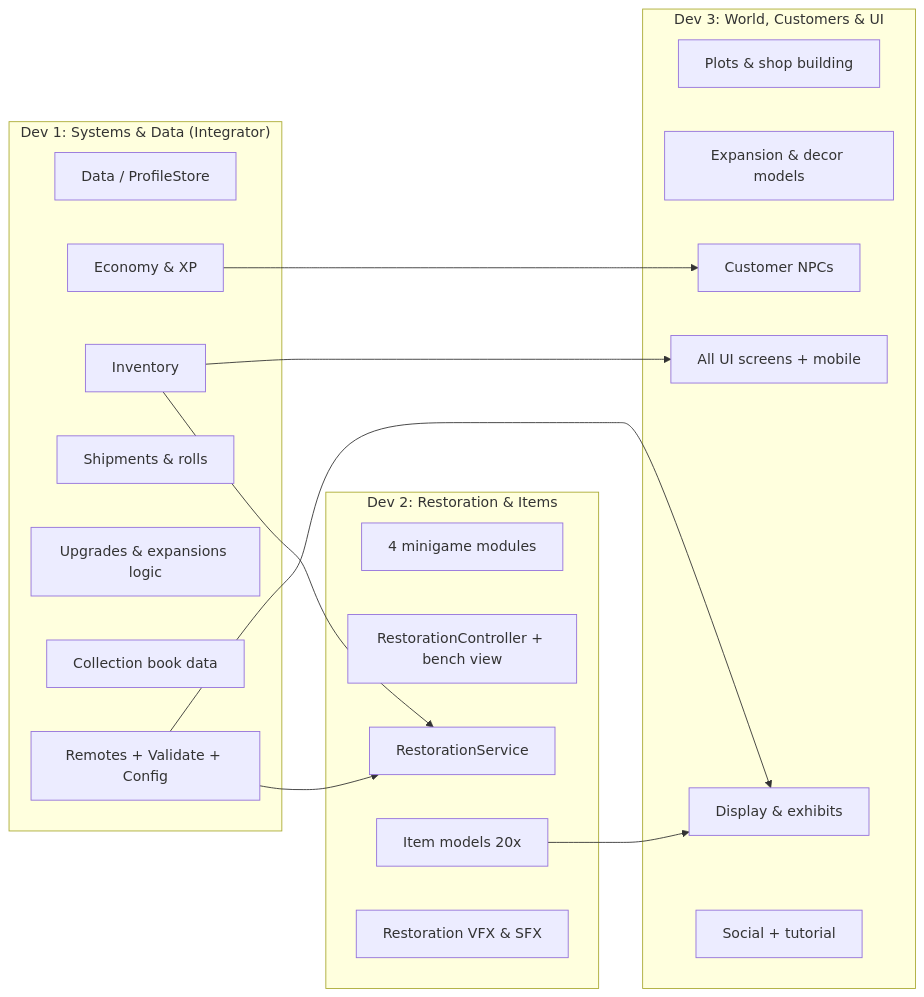
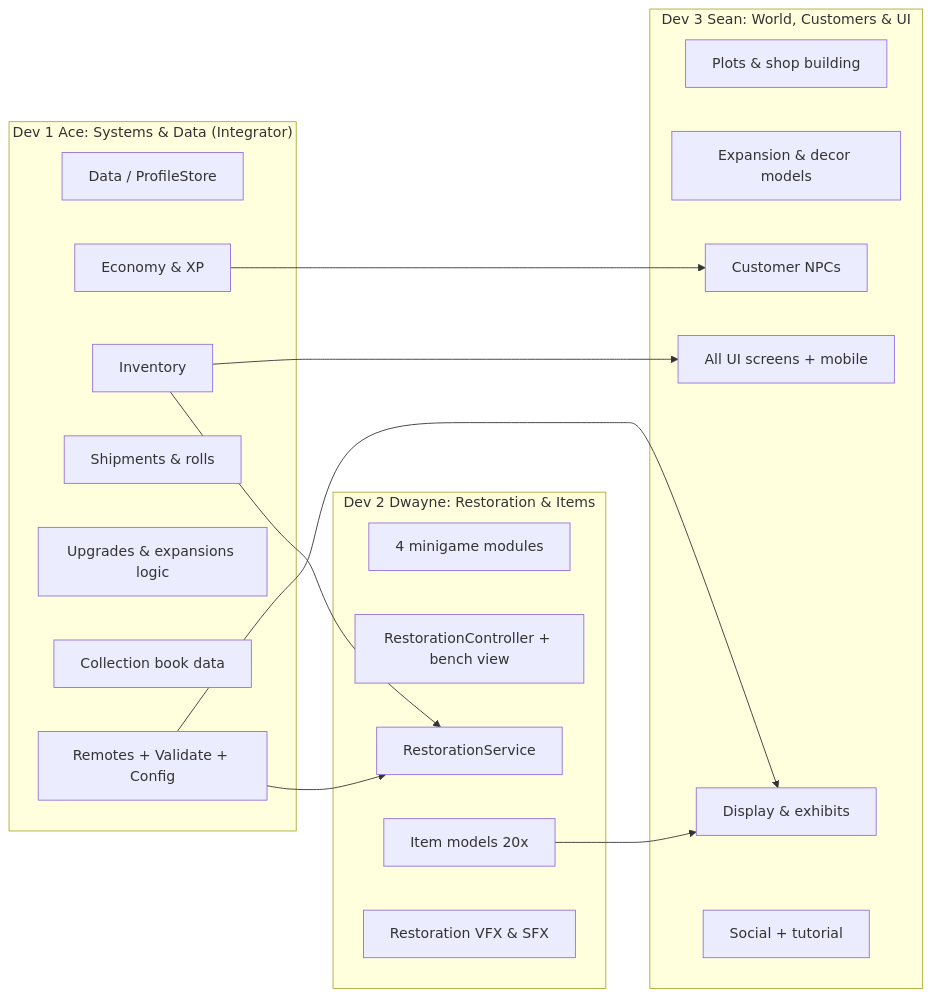
One commit to 1nsincere/dusty-finds changed the first of 2 diagrams in docs/04_Team_Roadmap_MVP.md. Above: the diagram before and after it, drawn with Mermaid. The commit also changed other lines of this file and 29 other files, not shown here.

````diff
--- a/docs/04_Team_Roadmap_MVP.md
+++ b/docs/04_Team_Roadmap_MVP.md
@@ -11,33 +11,33 @@
 ```mermaid
 flowchart LR
-    subgraph D1["Dev 1: Systems & Data (Integrator)"]
+    subgraph D1["Dev 1 Ace: Systems & Data (Integrator)"]
         A1[Data / ProfileStore]
         A2[Economy & XP]
         A3[Inventory]
         A4[Shipments & rolls]
         A5[Upgrades & expansions logic]
         A6[Collection book data]
         A7[Remotes + Validate + Config]
     end
-    subgraph D2["Dev 2: Restoration & Items"]
+    subgraph D2["Dev 2 Dwayne: Restoration & Items"]
         B1[4 minigame modules]
         B2[RestorationController + bench view]
         B3[RestorationService]
         B4[Item models 20x]
         B5[Restoration VFX & SFX]
     end
-    subgraph D3["Dev 3: World, Customers & UI"]
+    subgraph D3["Dev 3 Sean: World, Customers & UI"]
         C1[Plots & shop building]
         C2[Expansion & decor models]
         C3[Display & exhibits]
         C4[Customer NPCs]
         C5[All UI screens + mobile]
         C6[Social + tutorial]
     end
     A3 --> B3
     A7 --> B3
     A7 --> C3
     A2 --> C4
     B4 --> C3
     A3 --> C5
 ```
````
